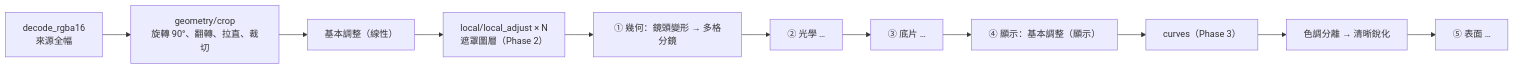
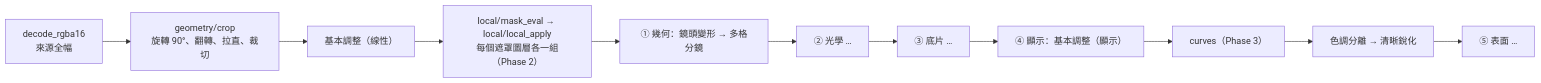
The diagram in docs/cut-and-mask/plan.md (minexo79/FilmBatch), drawn with Mermaid before and after one commit. The commit also changed other lines of this file, not shown here.

Commit message:
write cut & mask & curve plan

````diff
--- a/docs/cut-and-mask/plan.md
+++ b/docs/cut-and-mask/plan.md
@@ -75,13 +77,13 @@
 ```mermaid
 flowchart LR
     D["decode_rgba16<br/>來源全幅"] --> C["geometry/crop<br/>旋轉 90°、翻轉、拉直、裁切"]
     C --> BL["基本調整（線性）"]
-    BL --> L["local/local_adjust × N<br/>遮罩圖層（Phase 2）"]
+    BL --> L["local/mask_eval → local/local_apply<br/>每個遮罩圖層各一組（Phase 2）"]
     L --> G["① 幾何：鏡頭變形 → 多格分鏡"]
     G --> O["② 光學 …"]
     O --> F["③ 底片 …"]
     F --> DS["④ 顯示：基本調整（顯示）"]
     DS --> CV["curves（Phase 3）"]
     CV --> T["色調分離 → 清晰銳化"]
     T --> S["⑤ 表面 …"]
 ```
````
